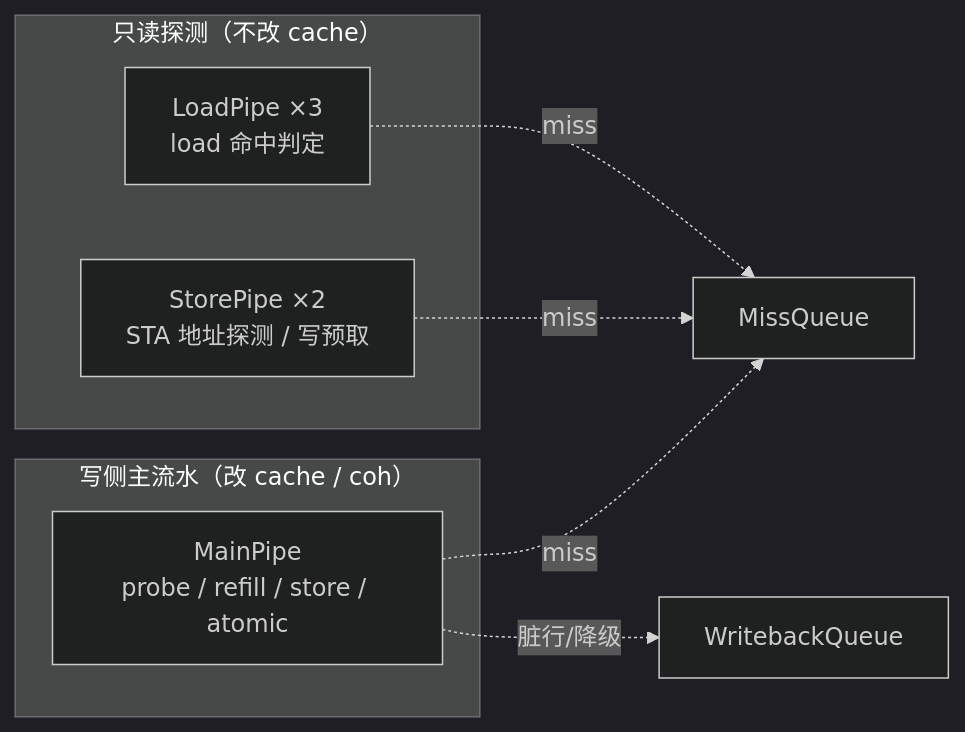
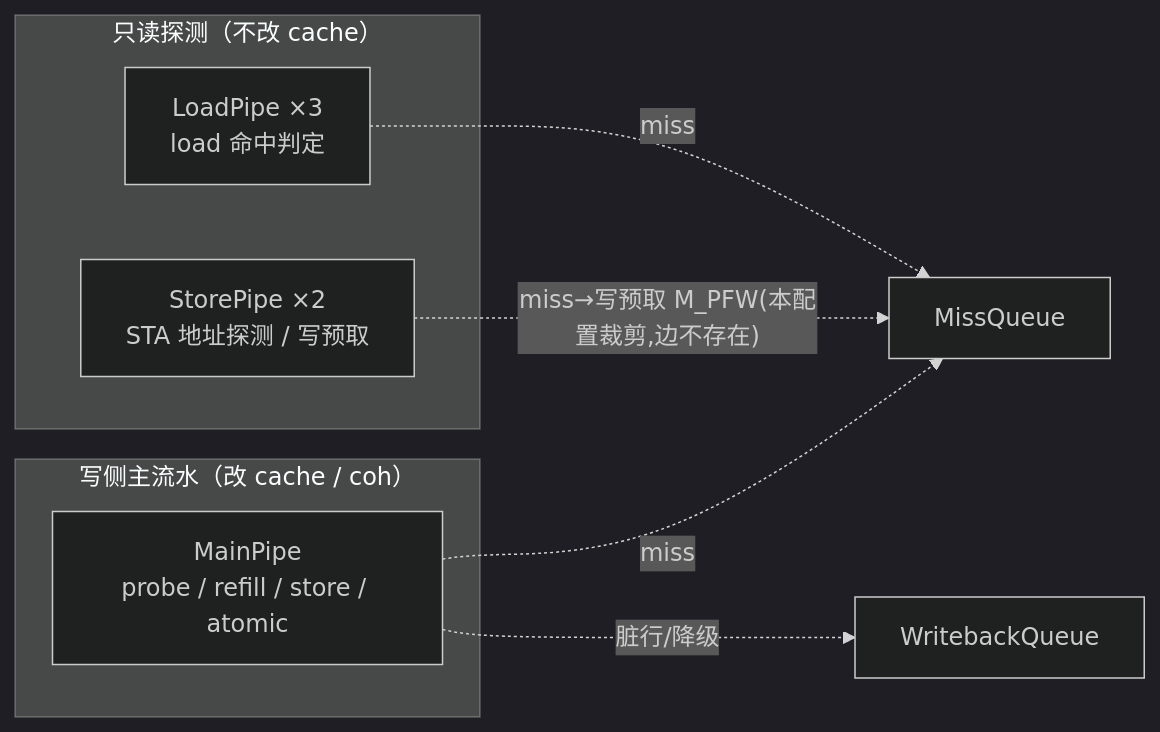
The third of 7 diagrams in docs/memblock/arch/3-DCACHE_PRINCIPLES.md (shengnanli/xs-v2r2-sv), drawn with Mermaid (dark theme) before and after one commit. The commit also changed other lines of this file, not shown here.

Commit message:
docs(memblock/arch): DCACHE §4/§9图 StorePipe→MissQueue 边标注'本配置裁剪'——golden StorePipe为1输入0输出空壳(StorePrefetchL1Enabled=false死码消除),写预取M_PFW仅完整设计存在

````diff
--- a/docs/memblock/arch/3-DCACHE_PRINCIPLES.md
+++ b/docs/memblock/arch/3-DCACHE_PRINCIPLES.md
@@ -113,14 +113,14 @@
 ```mermaid
 flowchart LR
   subgraph RO["只读探测（不改 cache）"]
     LP["LoadPipe ×3<br/>load 命中判定"]
     SP["StorePipe ×2<br/>STA 地址探测 / 写预取"]
   end
   subgraph WR["写侧主流水（改 cache / coh）"]
     MP["MainPipe<br/>probe / refill / store / atomic"]
   end
   LP -. miss .-> MQ["MissQueue"]
-  SP -. miss .-> MQ
+  SP -. "miss→写预取 M_PFW(本配置裁剪,边不存在)" .-> MQ
   MP -. miss .-> MQ
   MP -. 脏行/降级 .-> WBQ["WritebackQueue"]
 ```
````
